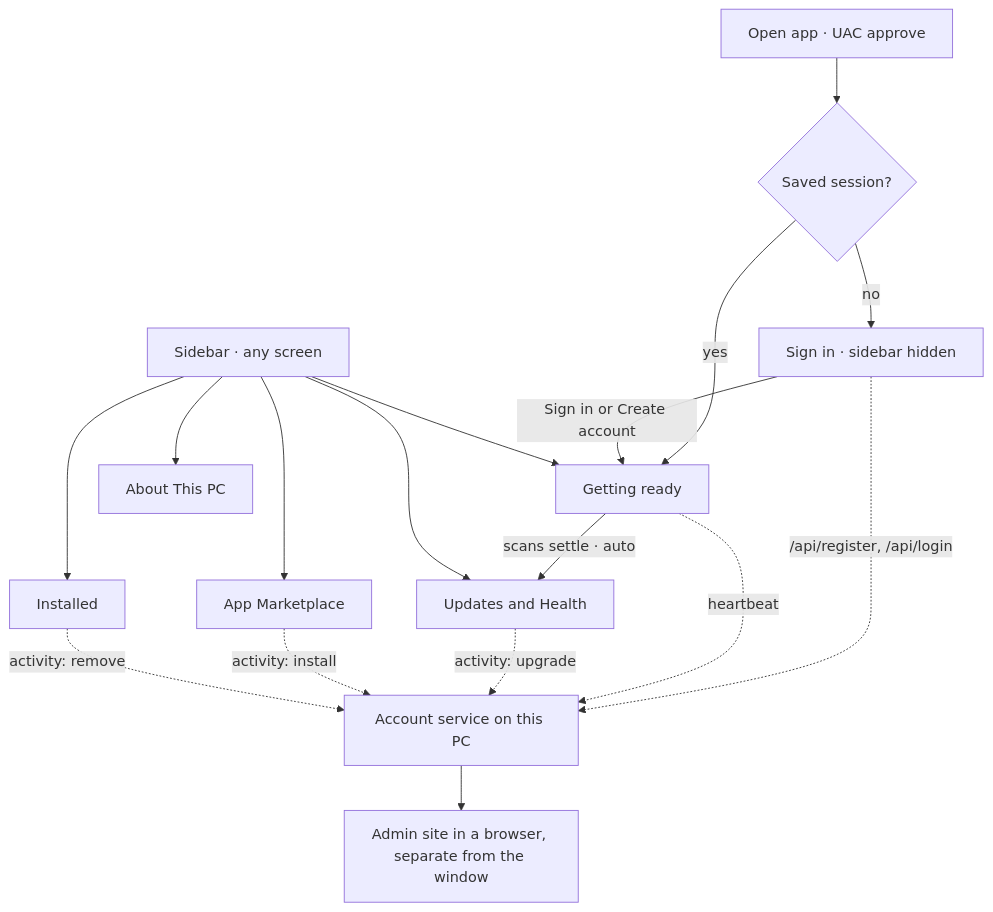
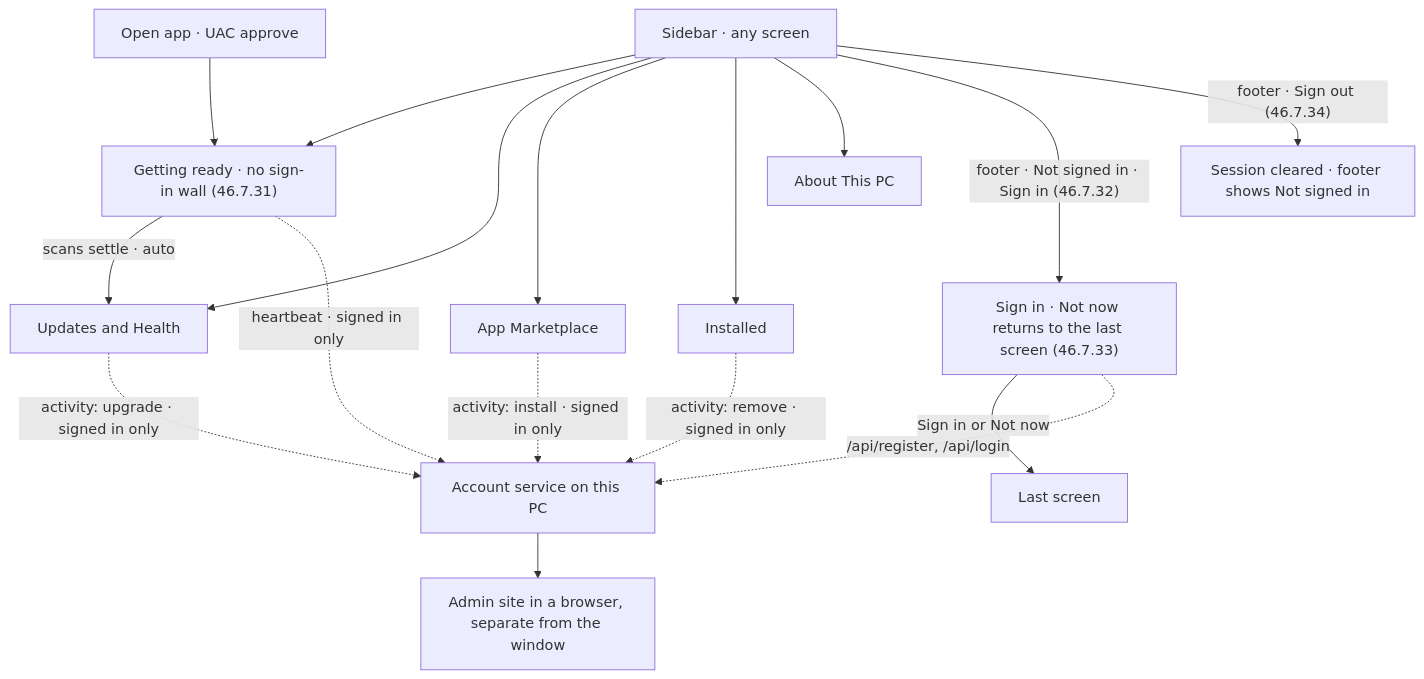
The second of 10 diagrams in docs/ARCHITECTURE.md (merchanthasan2/AudoChocolatey), drawn with Mermaid before and after one commit. The commit also changed other lines of this file and 4 other files, not shown here.

Commit message:
plan: re-order 16 Nov (section 15) - Track A design base, Track B Updates 100%; mockup 05 states; architecture diagrams

````diff
--- a/docs/ARCHITECTURE.md
+++ b/docs/ARCHITECTURE.md
@@ -103,19 +105,19 @@
 ```mermaid
 flowchart TD
-  open["Open app · UAC approve"] --> check{"Saved session?"}
-  check -- no --> signin["Sign in · sidebar hidden"]
-  check -- yes --> ready["Getting ready"]
-  signin -- "Sign in or Create account" --> ready
+  open["Open app · UAC approve"] --> ready["Getting ready · no sign-in wall (46.7.31)"]
   ready -- "scans settle · auto" --> updates["Updates and Health"]
   nav["Sidebar · any screen"] --> ready
   nav --> updates
   nav --> market["App Marketplace"]
   nav --> installed["Installed"]
   nav --> about["About This PC"]
+  nav -- "footer · Not signed in · Sign in (46.7.32)" --> signin["Sign in · Not now returns to the last screen (46.7.33)"]
+  signin -- "Sign in or Not now" --> back["Last screen"]
+  nav -- "footer · Sign out (46.7.34)" --> out["Session cleared · footer shows Not signed in"]
   signin -. "/api/register, /api/login" .-> account["Account service on this PC"]
-  ready -. heartbeat .-> account
-  updates -. "activity: upgrade" .-> account
-  market -. "activity: install" .-> account
-  installed -. "activity: remove" .-> account
+  ready -. "heartbeat · signed in only" .-> account
+  updates -. "activity: upgrade · signed in only" .-> account
+  market -. "activity: install · signed in only" .-> account
+  installed -. "activity: remove · signed in only" .-> account
   account --> admin["Admin site in a browser, separate from the window"]
 ```
````
